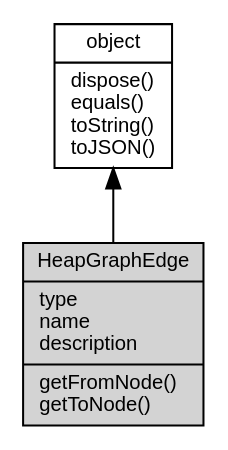
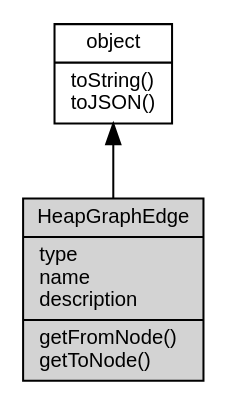
One commit to asionius/fibjs-ceph changed the diagram in docs/object/ifs/HeapGraphEdge.md. Above: the diagram before and after it, drawn with Graphviz. The commit also changed other lines of this file and 138 other files, not shown here.

````diff
--- a/docs/object/ifs/HeapGraphEdge.md
+++ b/docs/object/ifs/HeapGraphEdge.md
@@ -5,10 +5,10 @@
 ```dot
 digraph {
     node [fontname="Helvetica,sans-Serif", fontsize=10, shape="record", style="filled", fillcolor="white"];
 
-    object [tooltip="object", URL="object.md", label="{object|dispose()\lequals()\ltoString()\ltoJSON()\l}"];
-    HeapGraphEdge [tooltip="HeapGraphEdge", fillcolor="lightgray", label="{HeapGraphEdge|type\lname\ldescription\l|getFromNode()\lgetToNode()\l}"];
+    object [tooltip="object", URL="object.md", label="{object|toString()\ltoJSON()\l}"];
+    HeapGraphEdge [tooltip="HeapGraphEdge", fillcolor="lightgray", id="me", label="{HeapGraphEdge|type\lname\ldescription\l|getFromNode()\lgetToNode()\l}"];
 
     object -> HeapGraphEdge [dir=back];
 }
 ```
````
